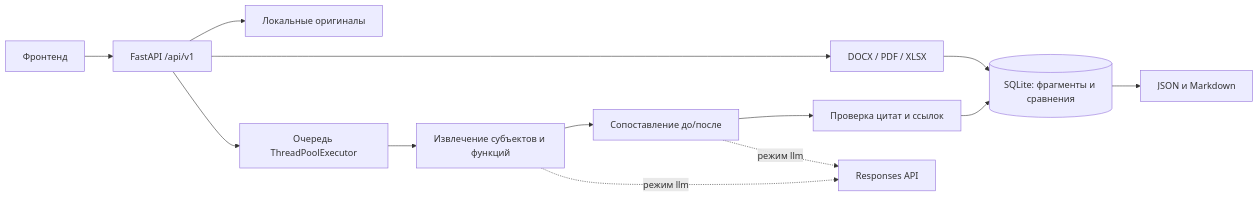
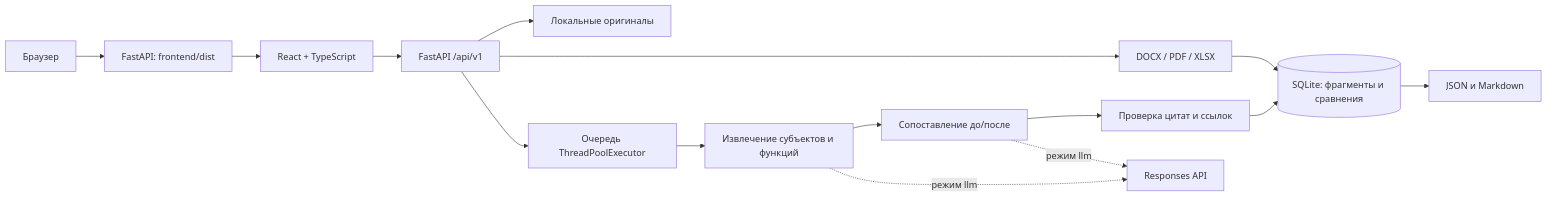
The diagram in docs/ARCHITECTURE.md (BAITC-Hacks/hack-85aebd11-larpsec), drawn with Mermaid before and after one commit. The commit also changed other lines of this file and 32 other files, not shown here.

````diff
--- a/docs/ARCHITECTURE.md
+++ b/docs/ARCHITECTURE.md
@@ -3,15 +3,17 @@
 ```mermaid
 flowchart LR
-    UI[Фронтенд] --> API[FastAPI /api/v1]
+    Browser[Браузер] --> Static[FastAPI: frontend/dist]
+    Static --> UI[React + TypeScript]
+    UI --> API[FastAPI /api/v1]
     API --> Files[Локальные оригиналы]
     API --> Parse[DOCX / PDF / XLSX]
     Parse --> DB[(SQLite: фрагменты и сравнения)]
     API --> Jobs[Очередь ThreadPoolExecutor]
     Jobs --> Extract[Извлечение субъектов и функций]
     Extract --> Compare[Сопоставление до/после]
     Compare --> Validate[Проверка цитат и ссылок]
     Validate --> DB
     DB --> Report[JSON и Markdown]
     Extract -. режим llm .-> Model[Responses API]
     Compare -. режим llm .-> Model
 ```
````
